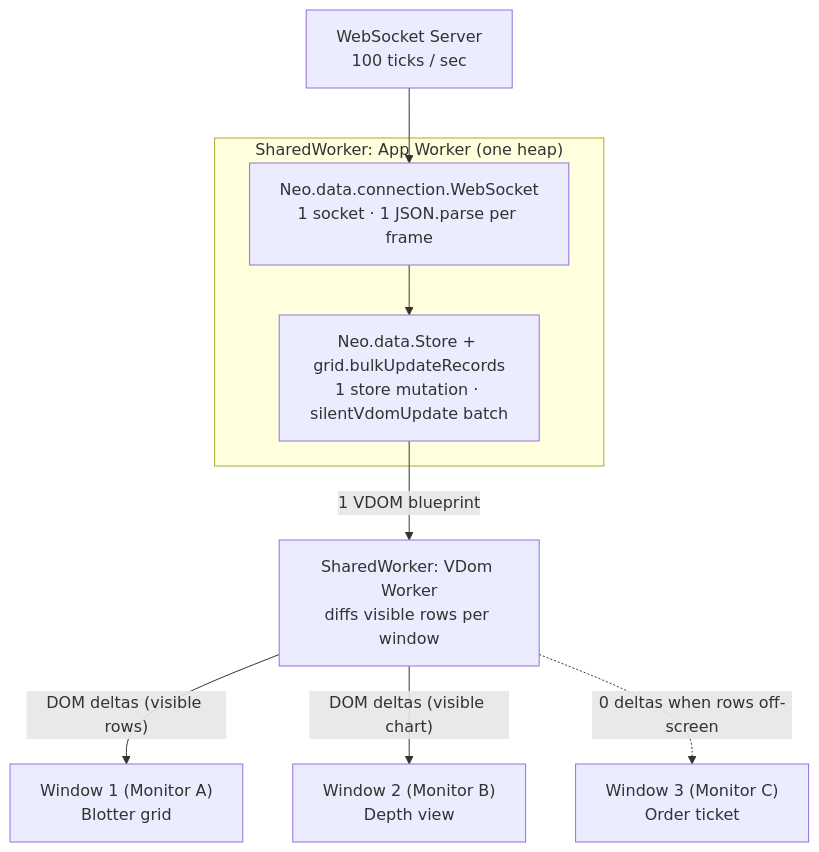
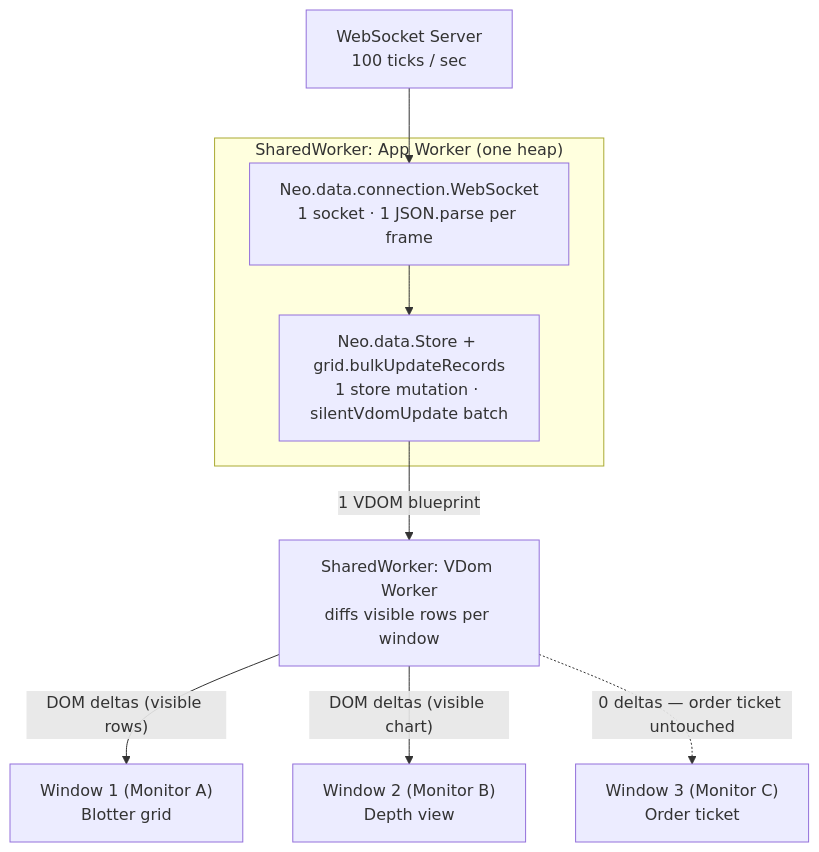
The first of 2 diagrams in learn/blog/one-websocket-across-browser-windows-with-sharedworkers.md (neomjs/neo), drawn with Mermaid before and after one commit. The commit also changed other lines of this file and 2 other files, not shown here.

````diff
--- a/learn/blog/one-websocket-across-browser-windows-with-sharedworkers.md
+++ b/learn/blog/one-websocket-across-browser-windows-with-sharedworkers.md
@@ -40,11 +40,11 @@
 ```mermaid
 flowchart TD
     feed["WebSocket Server<br/>100 ticks / sec"] --> sock
     subgraph appWorker["SharedWorker: App Worker (one heap)"]
         sock["Neo.data.connection.WebSocket<br/>1 socket · 1 JSON.parse per frame"] --> store["Neo.data.Store + grid.bulkUpdateRecords<br/>1 store mutation · silentVdomUpdate batch"]
     end
     store -- "1 VDOM blueprint" --> vdom["SharedWorker: VDom Worker<br/>diffs visible rows per window"]
     vdom -- "DOM deltas (visible rows)" --> win1["Window 1 (Monitor A)<br/>Blotter grid"]
     vdom -- "DOM deltas (visible chart)" --> win2["Window 2 (Monitor B)<br/>Depth view"]
-    vdom -. "0 deltas when rows off-screen" .-> win3["Window 3 (Monitor C)<br/>Order ticket"]
+    vdom -. "0 deltas — order ticket untouched" .-> win3["Window 3 (Monitor C)<br/>Order ticket"]
 ```
````
